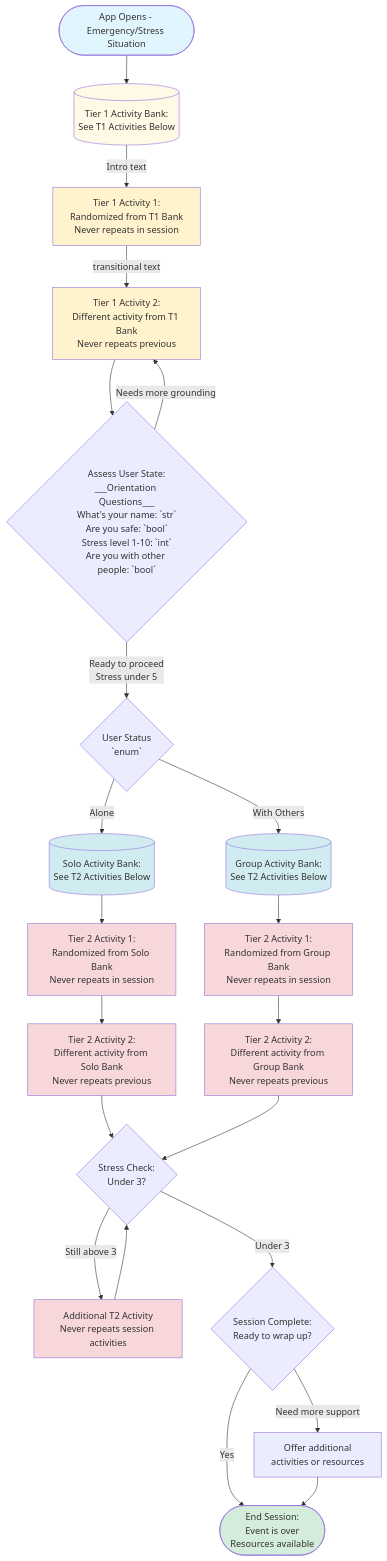
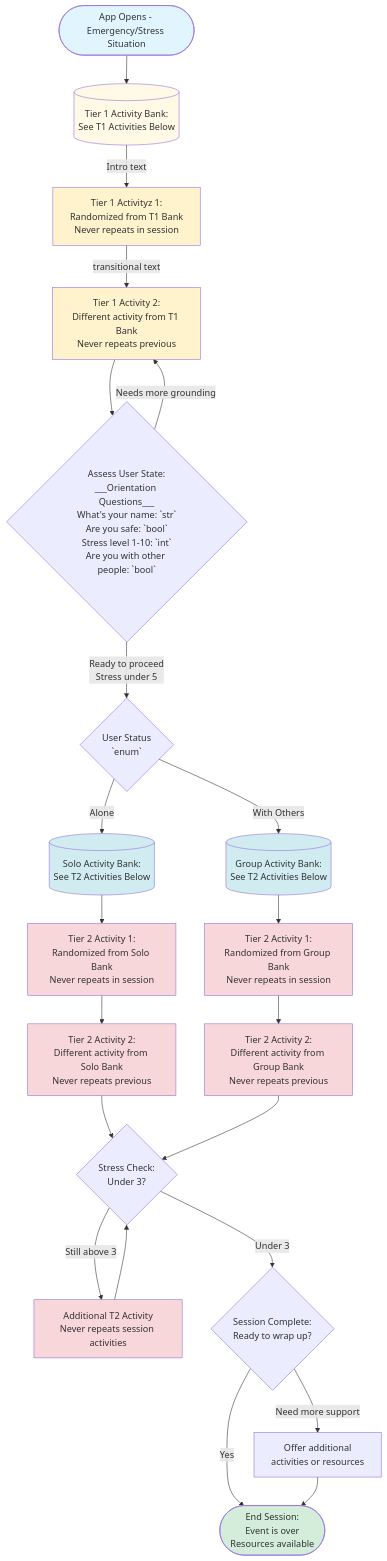
The diagram in Docs/calme_complete_reference.md (CALMe25/CALMe), drawn with Mermaid before and after one commit.

Commit message:
Fix typo in Tier 1 Activity 1 description

````diff
--- a/Docs/calme_complete_reference.md
+++ b/Docs/calme_complete_reference.md
@@ -7,52 +7,52 @@
 ```mermaid
 flowchart TD
     Start([App Opens - Emergency/Stress Situation]) --> T1Bank[(Tier 1 Activity Bank:<br/>See T1 Activities Below)]
     
-    T1Bank -->|Intro text| T1_1[Tier 1 Activity 1:<br/>Randomized from T1 Bank<br/>Never repeats in session]
+    T1Bank -->|Intro text| T1_1[Tier 1 Activityz 1:<br/>Randomized from T1 Bank<br/>Never repeats in session]
     
     T1_1 -->|transitional text| T1_2[Tier 1 Activity 2:<br/>Different activity from T1 Bank<br/>Never repeats previous]
     
     T1_2 --> StateAssess{Assess User State:<br/>___Orientation Questions___<br/>What's your name: `str`<br/>Are you safe: `bool`<br/>Stress level 1-10: `int`<br/>Are you with other people: `bool`}
     
     StateAssess -->|Needs more grounding| T1_2
     
     StateAssess -->|Ready to proceed<br/>Stress under 5| SocialCheck{User Status<br/>`enum`}
     
     SocialCheck -->|Alone| SoloBank[(Solo Activity Bank:<br/>See T2 Activities Below)]
     
     SocialCheck -->|With Others| GroupBank[(Group Activity Bank:<br/>See T2 Activities Below)]
     
     SoloBank --> T2_1_Solo[Tier 2 Activity 1:<br/>Randomized from Solo Bank<br/>Never repeats in session]
     
     GroupBank --> T2_1_Group[Tier 2 Activity 1:<br/>Randomized from Group Bank<br/>Never repeats in session]
     
     T2_1_Solo --> T2_2_Solo[Tier 2 Activity 2:<br/>Different activity from Solo Bank<br/>Never repeats previous]
     
     T2_1_Group --> T2_2_Group[Tier 2 Activity 2:<br/>Different activity from Group Bank<br/>Never repeats previous]
     
     T2_2_Solo --> StressCheck{Stress Check:<br/>Under 3?}
     T2_2_Group --> StressCheck
     
     StressCheck -->|Still above 3| T2_Continue[Additional T2 Activity<br/>Never repeats session activities]
     StressCheck -->|Under 3| Complete{Session Complete:<br/>Ready to wrap up?}
     
     T2_Continue --> StressCheck
     
     Complete -->|Yes| End([End Session:<br/>Event is over<br/>Resources available])
     Complete -->|Need more support| Additional[Offer additional<br/>activities or resources]
     
     Additional --> End
     
     style Start fill:#e1f5ff
     style End fill:#d4edda
     style T1_1 fill:#fff3cd
     style T1_2 fill:#fff3cd
     style T2_1_Solo fill:#f8d7da
     style T2_1_Group fill:#f8d7da
     style T2_2_Solo fill:#f8d7da
     style T2_2_Group fill:#f8d7da
     style T2_Continue fill:#f8d7da
     style T1Bank fill:#fff9e6
     style SoloBank fill:#d1ecf1
     style GroupBank fill:#d1ecf1
 ```
````
